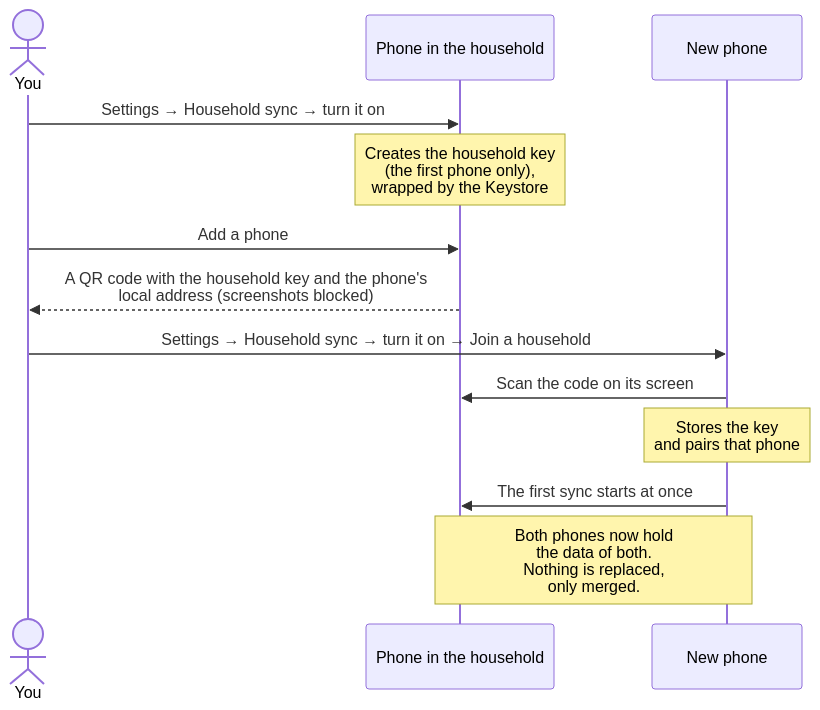
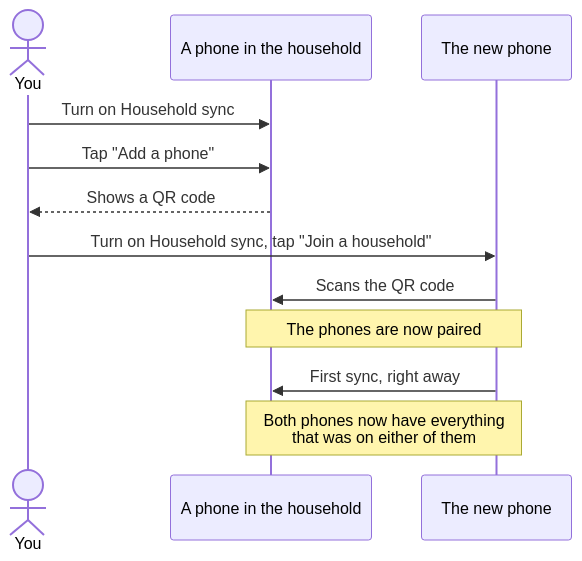
The second of 4 diagrams in README.md (ilias29/MyEksoda), drawn with Mermaid before and after one commit. The commit also changed other lines of this file and 1 other file, not shown here.

Commit message:
README: plain-language How it works diagrams

````diff
--- a/README.md
+++ b/README.md
@@ -94,15 +95,14 @@
 ```mermaid
 sequenceDiagram
     actor You
-    participant A as Phone in the household
-    participant N as New phone
-    You->>A: Settings → Household sync → turn it on
-    Note over A: Creates the household key<br/>(the first phone only),<br/>wrapped by the Keystore
-    You->>A: Add a phone
-    A-->>You: A QR code with the household key and the phone's<br/>local address (screenshots blocked)
-    You->>N: Settings → Household sync → turn it on → Join a household
-    N->>A: Scan the code on its screen
-    Note over N: Stores the key<br/>and pairs that phone
-    N->>A: The first sync starts at once
-    Note over A,N: Both phones now hold<br/>the data of both.<br/>Nothing is replaced,<br/>only merged.
+    participant A as A phone in the household
+    participant N as The new phone
+    You->>A: Turn on Household sync
+    You->>A: Tap "Add a phone"
+    A-->>You: Shows a QR code
+    You->>N: Turn on Household sync, tap "Join a household"
+    N->>A: Scans the QR code
+    Note over A,N: The phones are now paired
+    N->>A: First sync, right away
+    Note over A,N: Both phones now have everything<br/>that was on either of them
 ```
````
